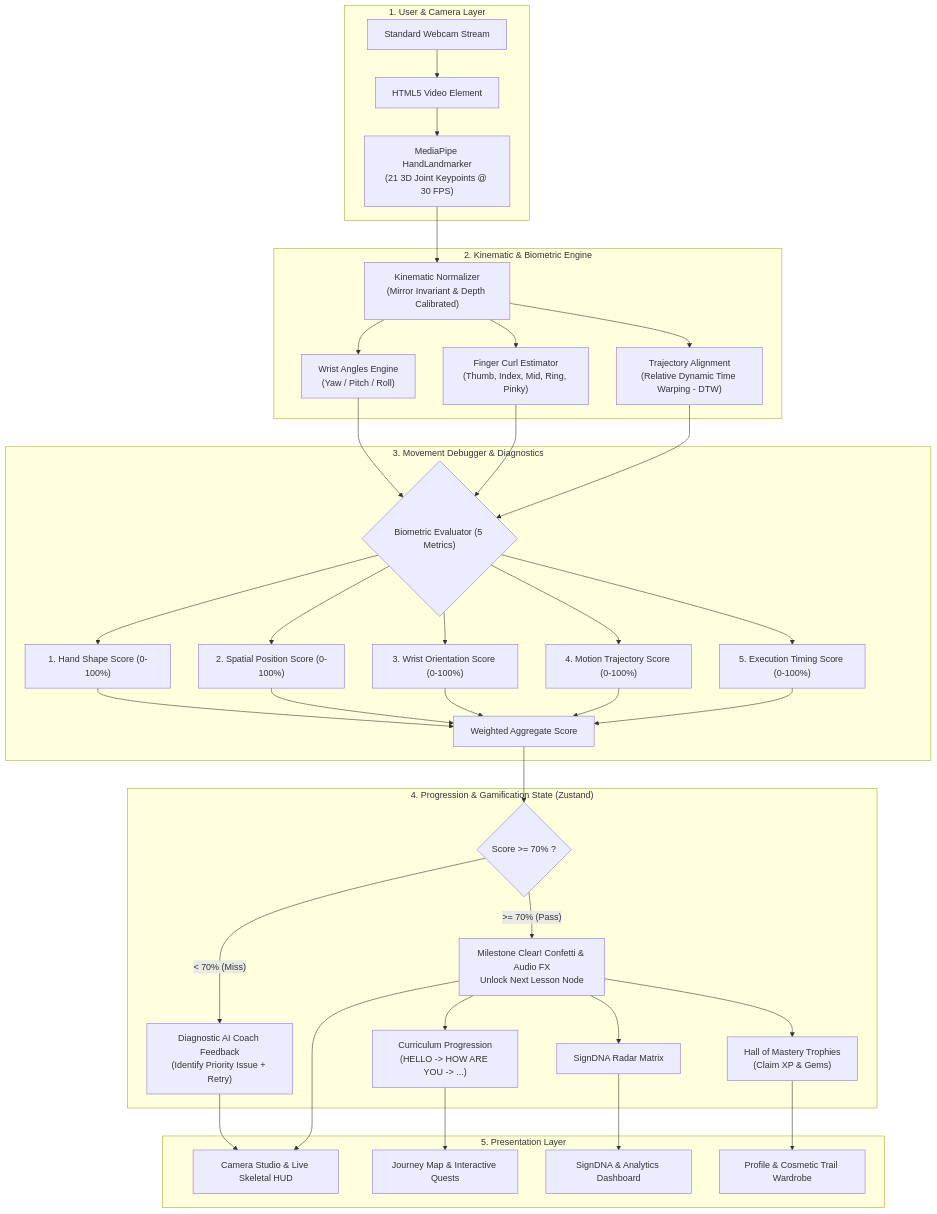
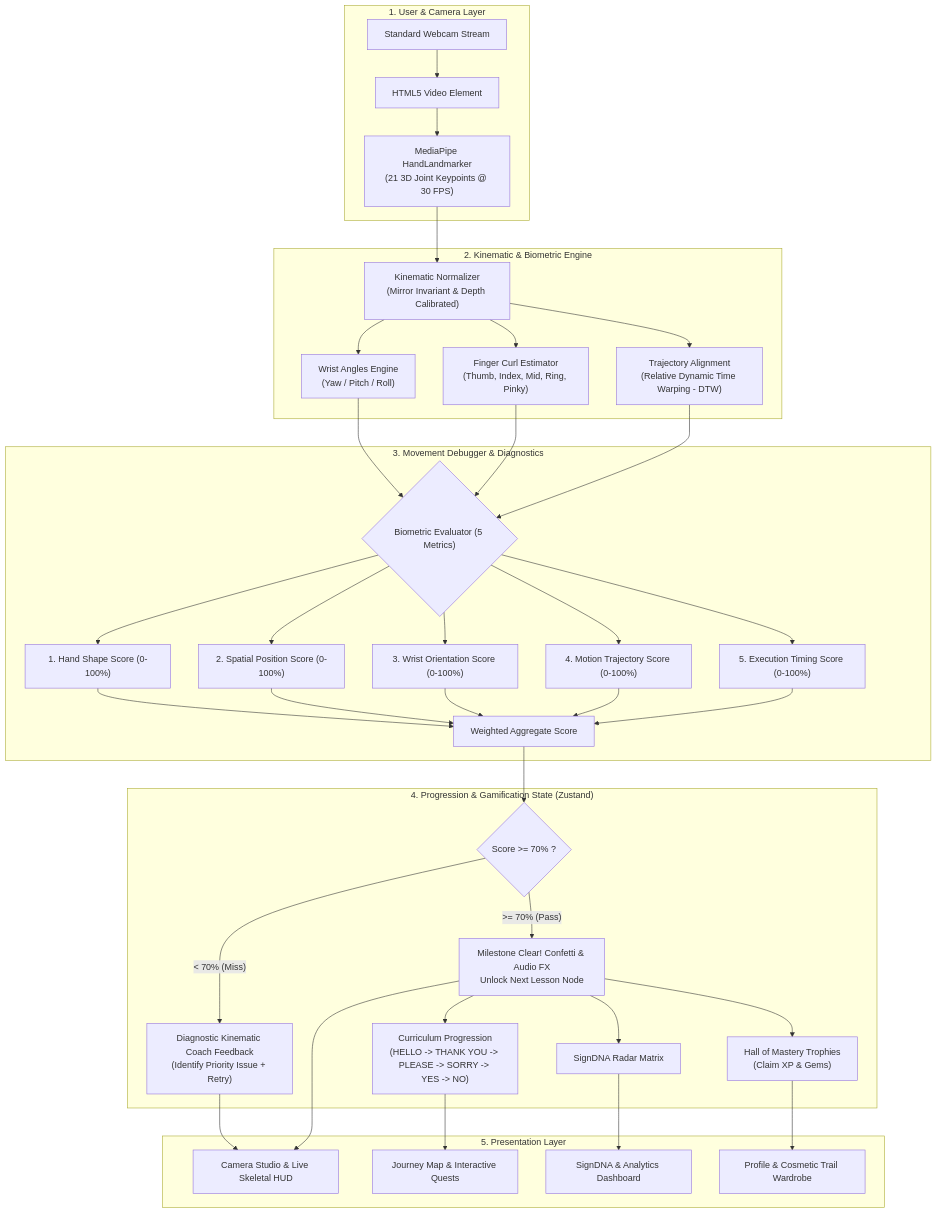
Before and after one commit to Kanneboinashivakumar/SIGNMIND: the diagram in README.md, drawn with Mermaid. The commit also changed other lines of this file and 33 other files, not shown here.

````diff
--- a/README.md
+++ b/README.md
@@ -42,42 +42,42 @@
 ```mermaid
 flowchart TD
     subgraph Input ["1. User & Camera Layer"]
         A[Standard Webcam Stream] --> B[HTML5 Video Element]
         B --> C["MediaPipe HandLandmarker<br/>(21 3D Joint Keypoints @ 30 FPS)"]
     end
 
     subgraph Engine ["2. Kinematic & Biometric Engine"]
         C --> D["Kinematic Normalizer<br/>(Mirror Invariant & Depth Calibrated)"]
         D --> E1["Wrist Angles Engine<br/>(Yaw / Pitch / Roll)"]
         D --> E2["Finger Curl Estimator<br/>(Thumb, Index, Mid, Ring, Pinky)"]
         D --> E3["Trajectory Alignment<br/>(Relative Dynamic Time Warping - DTW)"]
     end
 
     subgraph Debugger ["3. Movement Debugger & Diagnostics"]
         E1 & E2 & E3 --> F{"Biometric Evaluator (5 Metrics)"}
         F --> G1["1. Hand Shape Score (0-100%)"]
         F --> G2["2. Spatial Position Score (0-100%)"]
         F --> G3["3. Wrist Orientation Score (0-100%)"]
         F --> G4["4. Motion Trajectory Score (0-100%)"]
         F --> G5["5. Execution Timing Score (0-100%)"]
         
         G1 & G2 & G3 & G4 & G5 --> H[Weighted Aggregate Score]
     end
 
     subgraph Flow ["4. Progression & Gamification State (Zustand)"]
         H --> I{Score >= 70% ?}
-        I -- "< 70% (Miss)" --> J["Diagnostic AI Coach Feedback<br/>(Identify Priority Issue + Retry)"]
+        I -- "< 70% (Miss)" --> J["Diagnostic Kinematic Coach Feedback<br/>(Identify Priority Issue + Retry)"]
         I -- ">= 70% (Pass)" --> K["Milestone Clear! Confetti & Audio FX<br/>Unlock Next Lesson Node"]
         
         K --> L["SignDNA Radar Matrix"]
         K --> M["Hall of Mastery Trophies<br/>(Claim XP & Gems)"]
-        K --> N["Curriculum Progression<br/>(HELLO -> HOW ARE YOU -> ...)"]
+        K --> N["Curriculum Progression<br/>(HELLO -> THANK YOU -> PLEASE -> SORRY -> YES -> NO)"]
     end
 
     subgraph UI ["5. Presentation Layer"]
         J & K --> O["Camera Studio & Live Skeletal HUD"]
         N --> P["Journey Map & Interactive Quests"]
         L --> Q["SignDNA & Analytics Dashboard"]
         M --> R["Profile & Cosmetic Trail Wardrobe"]
     end
 ```
````
